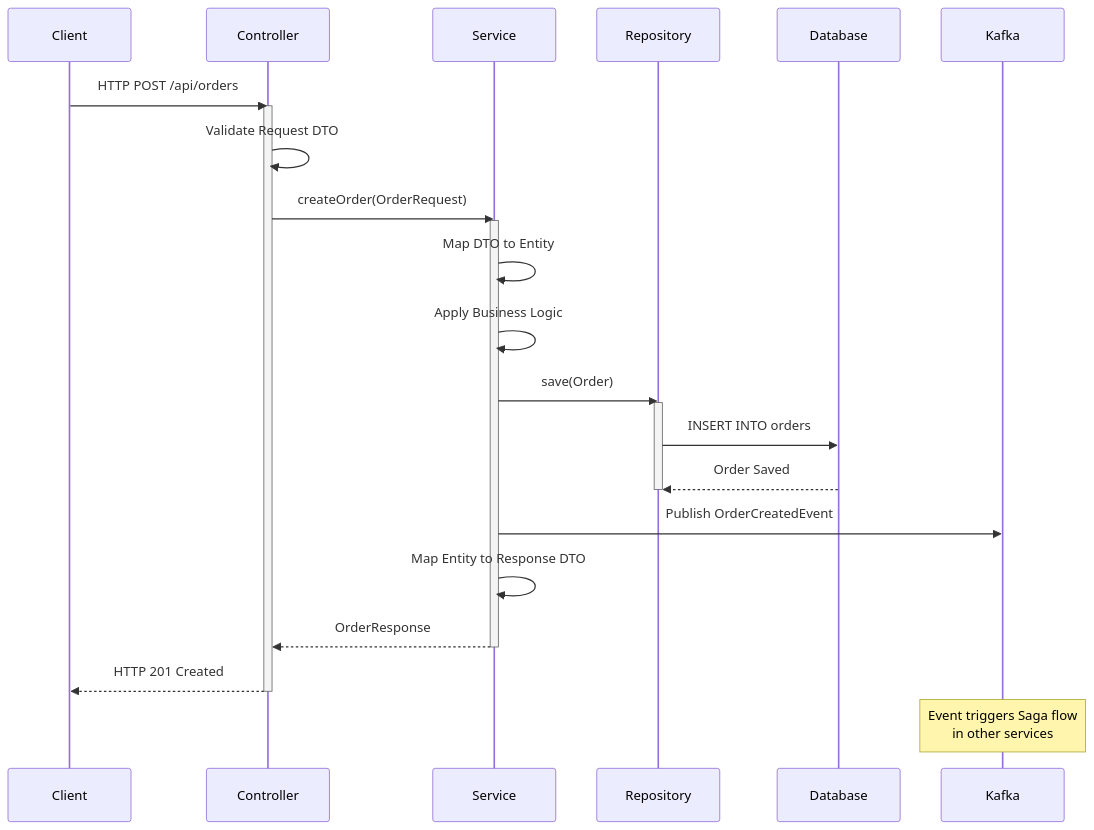
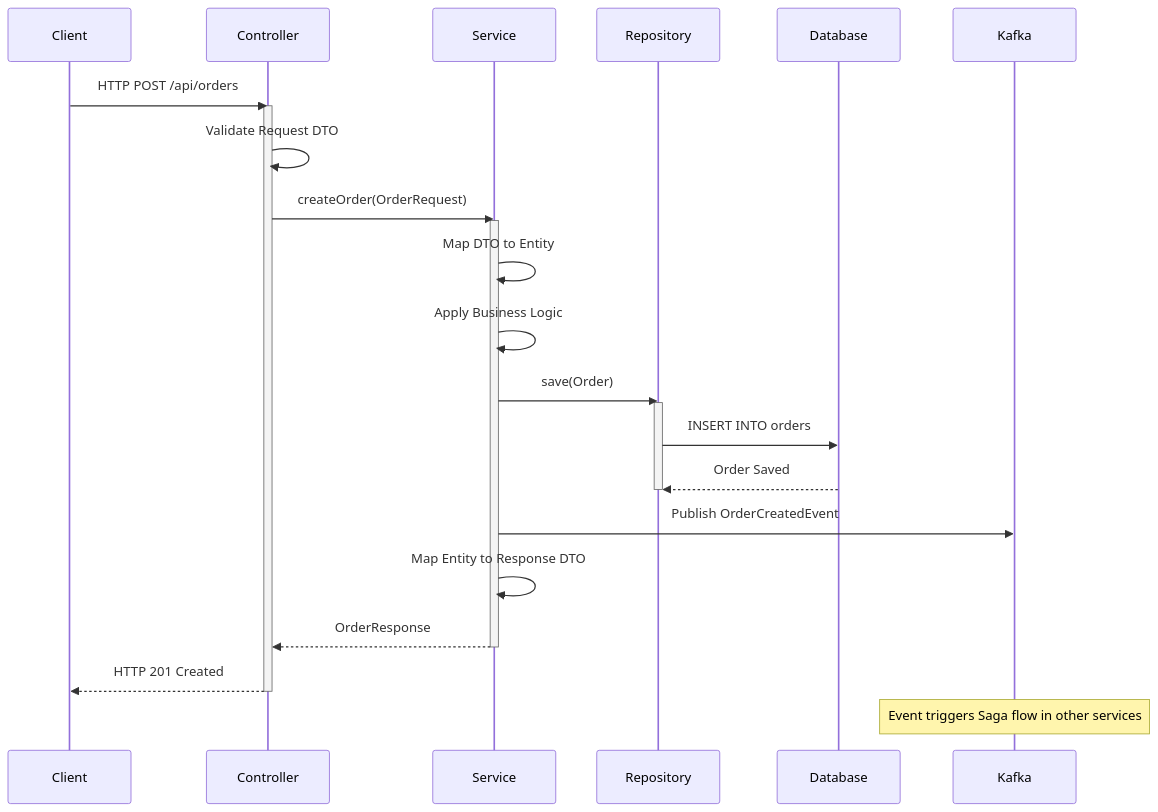
Diagram 13 of 14 in README.md (hagsmand/workshop-bob-micro), drawn with Mermaid before and after one commit. The commit also changed other lines of this file, not shown here.

````diff
--- a/README.md
+++ b/README.md
@@ -628,35 +628,35 @@
 ```mermaid
 sequenceDiagram
     participant Client
     participant Controller
     participant Service
     participant Repository
     participant Database
     participant Kafka
     
     Client->>Controller: HTTP POST /api/orders
     activate Controller
     
     Controller->>Controller: Validate Request DTO
     Controller->>Service: createOrder(OrderRequest)
     activate Service
     
     Service->>Service: Map DTO to Entity
     Service->>Service: Apply Business Logic
     Service->>Repository: save(Order)
     activate Repository
     
     Repository->>Database: INSERT INTO orders
     Database-->>Repository: Order Saved
     deactivate Repository
     
     Service->>Kafka: Publish OrderCreatedEvent
     Service->>Service: Map Entity to Response DTO
     Service-->>Controller: OrderResponse
     deactivate Service
     
     Controller-->>Client: HTTP 201 Created
     deactivate Controller
     
-    Note over Kafka: Event triggers Saga flow<br/>in other services
+    Note over Kafka: Event triggers Saga flow in other services
 ```
````
